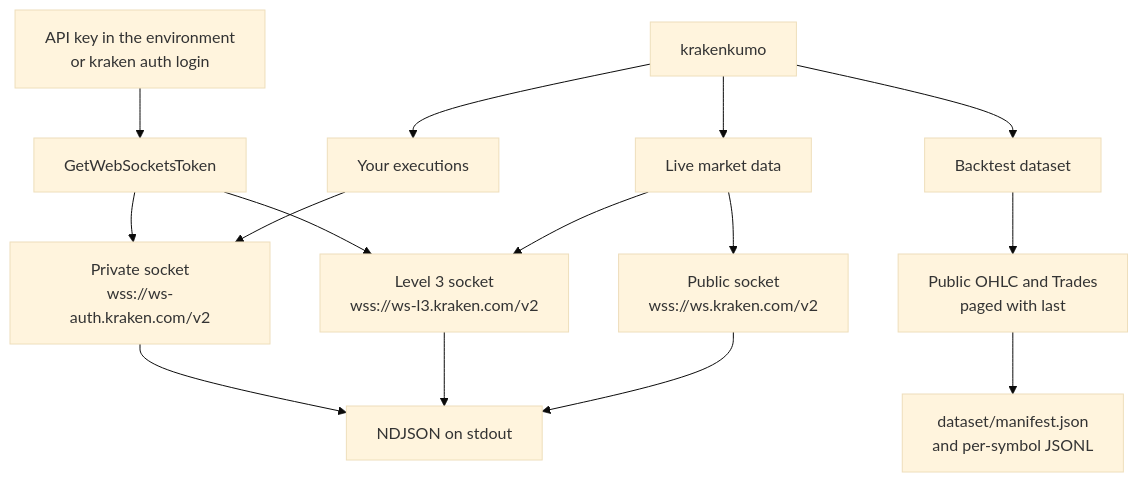
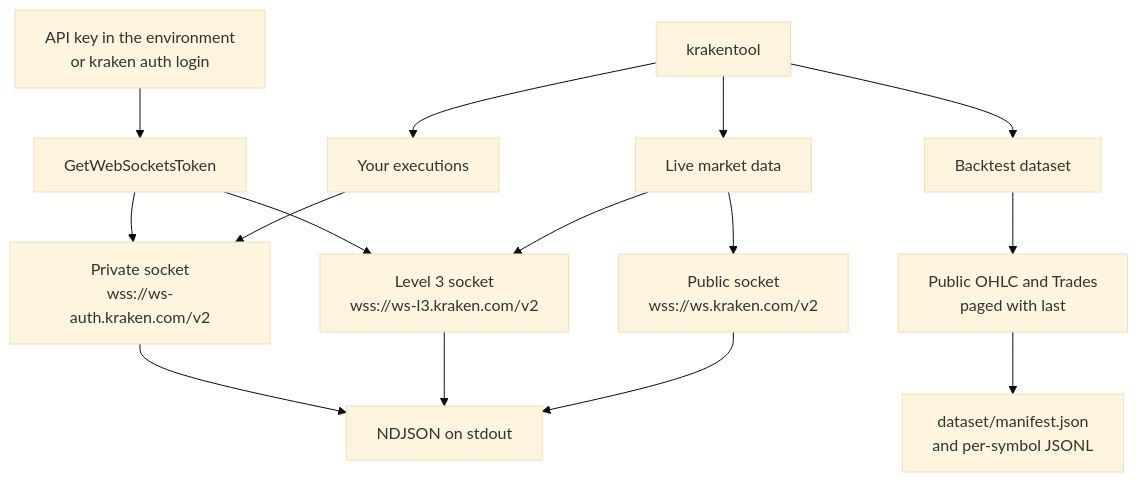
One commit to aifintech-do/krakenkumo changed the first of 4 diagrams in docs/FEATURES.md. Above: the diagram before and after it, drawn with Mermaid (base theme). The commit also changed other lines of this file and 18 other files, not shown here.

Commit message:
Rename krakenkumo to krakentool across the package, command, and docs.

````diff
--- a/docs/FEATURES.md
+++ b/docs/FEATURES.md
@@ -77,21 +77,21 @@
 ```mermaid
 flowchart TD
-  cli["krakenkumo"]
+  cli["krakentool"]
   cli --> stream["Live market data"]
   cli --> history["Your executions"]
   cli --> dataset["Backtest dataset"]
 
   stream --> pub["Public socket<br/>wss://ws.kraken.com/v2"]
   stream --> l3["Level 3 socket<br/>wss://ws-l3.kraken.com/v2"]
   history --> auth["Private socket<br/>wss://ws-auth.kraken.com/v2"]
   dataset --> rest["Public OHLC and Trades<br/>paged with last"]
 
   pub --> out["NDJSON on stdout"]
   l3 --> out
   auth --> out
   rest --> files["dataset/manifest.json<br/>and per-symbol JSONL"]
 
   creds["API key in the environment<br/>or kraken auth login"] --> token["GetWebSocketsToken"]
   token --> l3
   token --> auth
 ```
````
